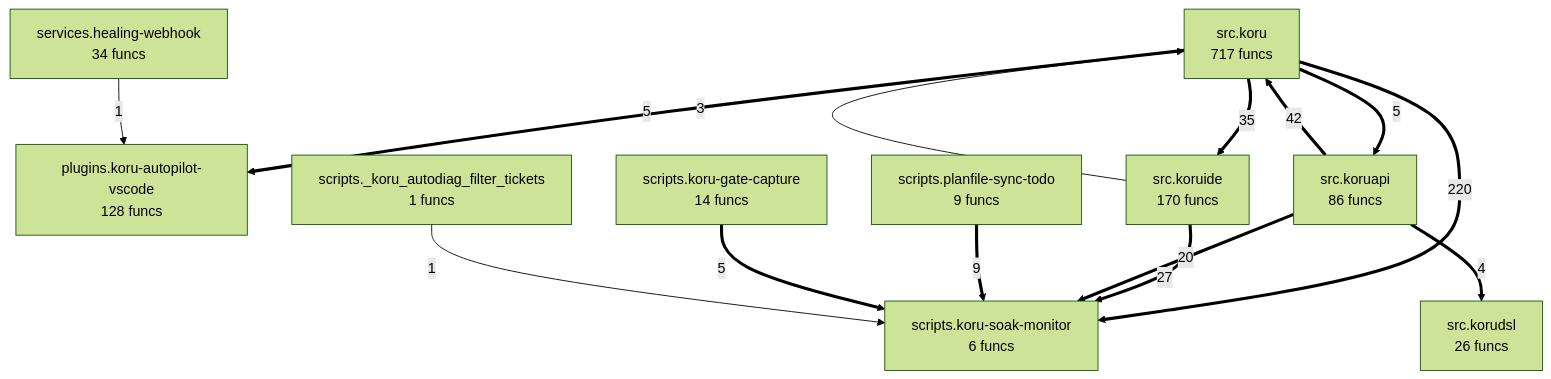
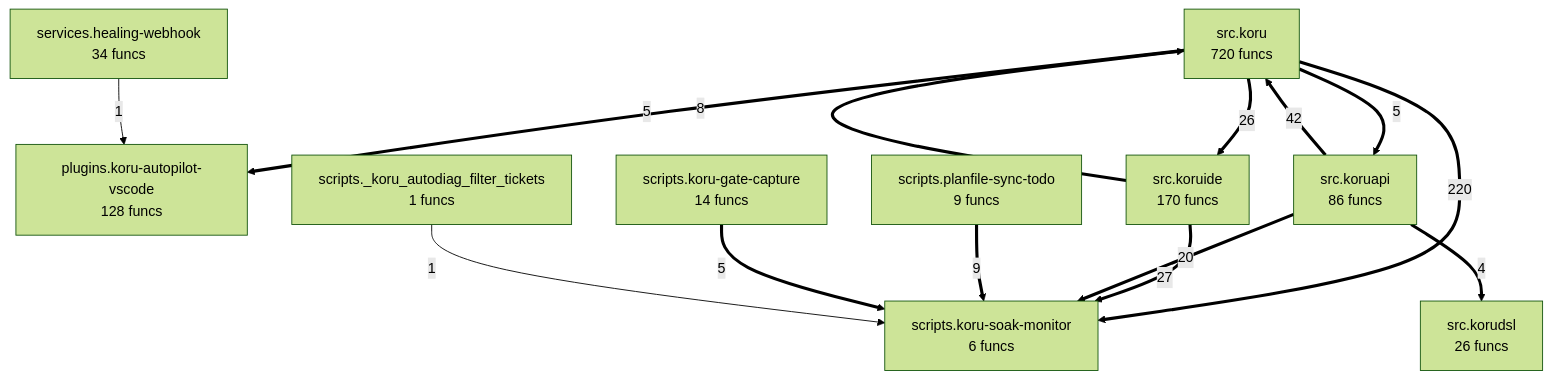
The diagram in project/compact_flow.mmd (semcod/koru), drawn with Mermaid (forest theme) before and after one commit. The commit also changed 113 other files, not shown here.

```diff
--- a/project/compact_flow.mmd
+++ b/project/compact_flow.mmd
@@ -1,25 +1,25 @@
 flowchart TD
-%% generated in 0.03s
+%% generated in 0.04s
     plugins__koru_autopilot_vscode["plugins.koru-autopilot-vscode<br/>128 funcs"]
     scripts___koru_autodiag_filter_tickets["scripts._koru_autodiag_filter_tickets<br/>1 funcs"]
     scripts__koru_gate_capture["scripts.koru-gate-capture<br/>14 funcs"]
     scripts__koru_soak_monitor["scripts.koru-soak-monitor<br/>6 funcs"]
     scripts__planfile_sync_todo["scripts.planfile-sync-todo<br/>9 funcs"]
     services__healing_webhook["services.healing-webhook<br/>34 funcs"]
-    src__koru["src.koru<br/>717 funcs"]
+    src__koru["src.koru<br/>720 funcs"]
     src__koruapi["src.koruapi<br/>86 funcs"]
     src__korudsl["src.korudsl<br/>26 funcs"]
     src__koruide["src.koruide<br/>170 funcs"]
     src__koru ==>|220| scripts__koru_soak_monitor
     src__koruapi ==>|42| src__koru
-    src__koru ==>|35| src__koruide
     src__koruide ==>|27| scripts__koru_soak_monitor
+    src__koru ==>|26| src__koruide
     src__koruapi ==>|20| scripts__koru_soak_monitor
     scripts__planfile_sync_todo ==>|9| scripts__koru_soak_monitor
+    src__koruide ==>|8| src__koru
     src__koru ==>|5| plugins__koru_autopilot_vscode
+    scripts__koru_gate_capture ==>|5| scripts__koru_soak_monitor
     src__koru ==>|5| src__koruapi
-    scripts__koru_gate_capture ==>|5| scripts__koru_soak_monitor
     src__koruapi ==>|4| src__korudsl
-    src__koruide -->|3| src__koru
     services__healing_webhook -->|1| plugins__koru_autopilot_vscode
     scripts___koru_autodiag_filter_tickets -->|1| scripts__koru_soak_monitor
```
